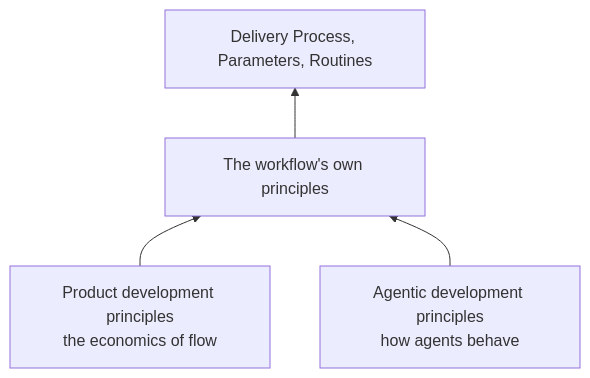
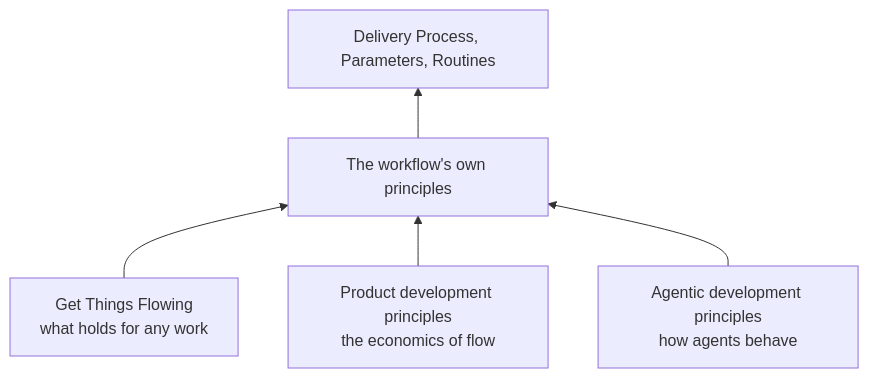
One commit to ttoss/ttoss changed the diagram in docs/website/docs/engineering/workflow/principles.md. Above: the diagram before and after it, drawn with Mermaid. The commit also changed other lines of this file and 1 other file, not shown here.

First line of the commit message:
docs(workflow): principles reworked: graph merged, GTF third pillar, cost of delay named (#1395)

````diff
--- a/docs/website/docs/engineering/workflow/principles.md
+++ b/docs/website/docs/engineering/workflow/principles.md
@@ -10,10 +10,12 @@
 ```mermaid
 flowchart BT
+    GTF["Get Things Flowing<br/>what holds for any work"]
     PD["Product development principles<br/>the economics of flow"]
     AD["Agentic development principles<br/>how agents behave"]
     W["The workflow's own principles"]
     R["Delivery Process, Parameters, Routines"]
+    GTF --> W
     PD --> W
     AD --> W
     W --> R
 ```
````
